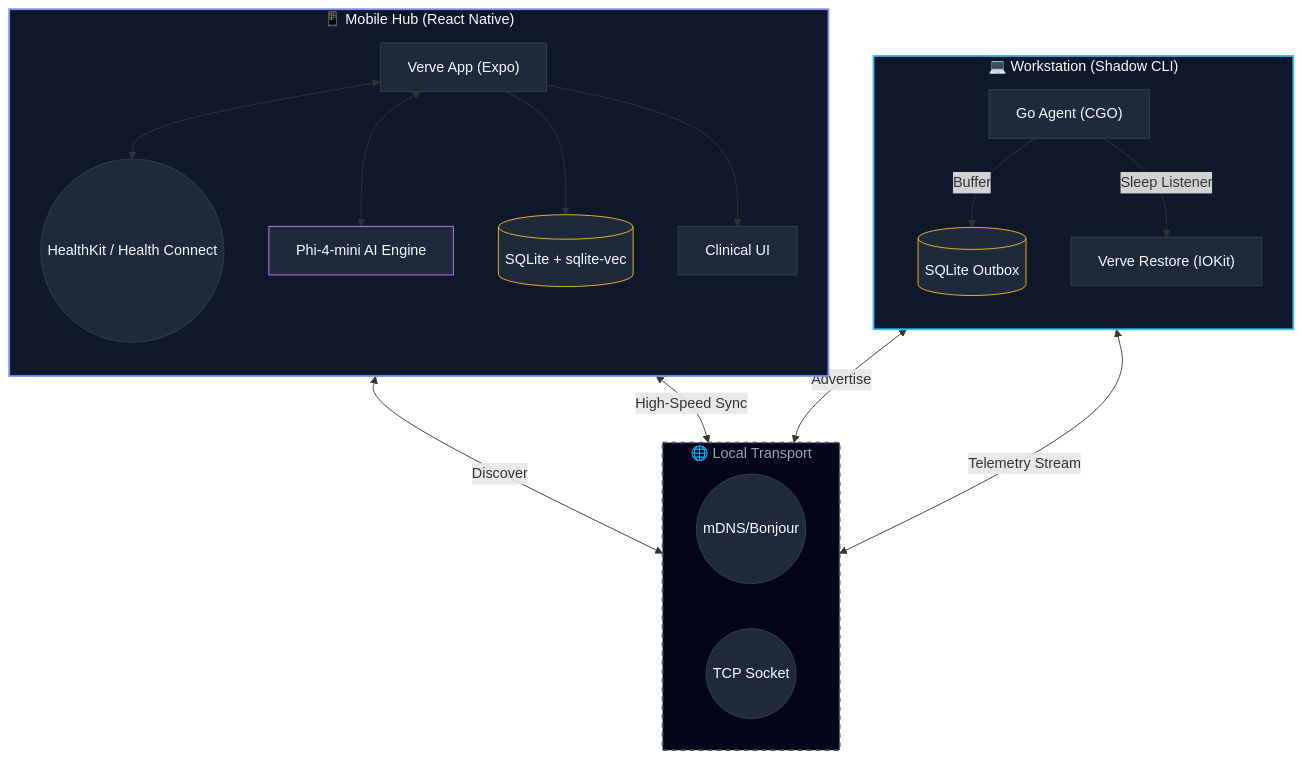
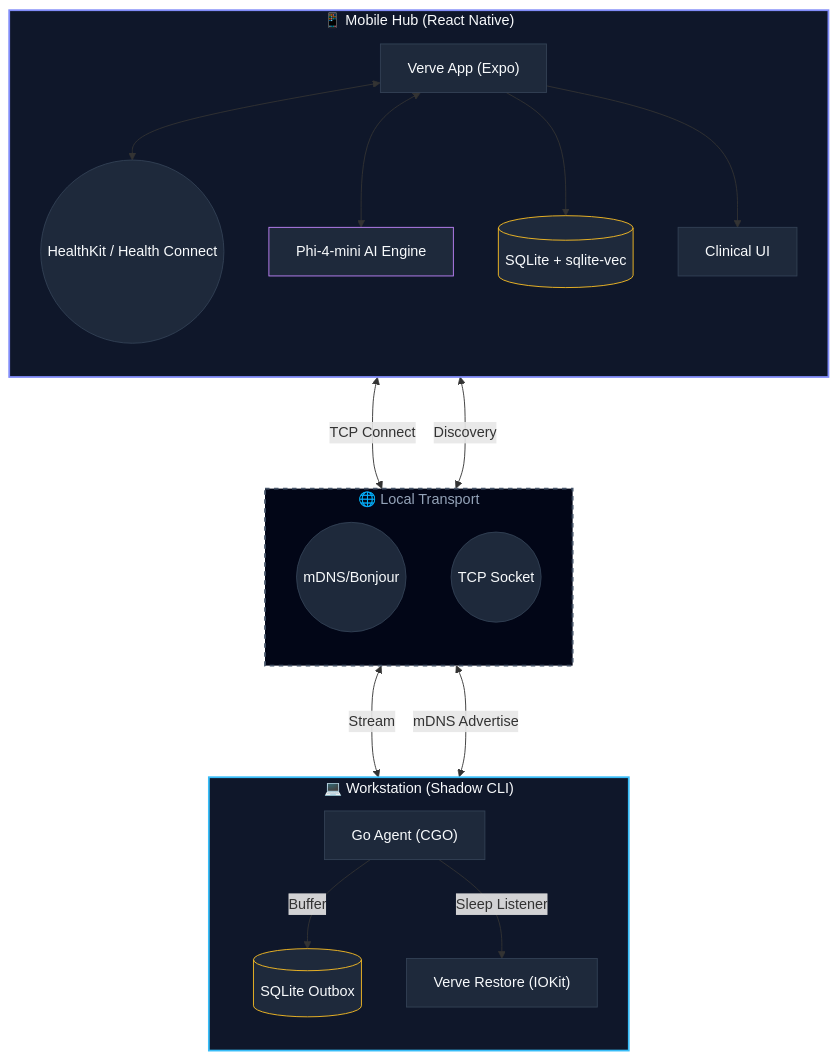
One commit to gyandeeps/verve changed the diagram in README.md. Above: the diagram before and after it, drawn with Mermaid. The commit also changed other lines of this file and 9 other files, not shown here.

````diff
--- a/README.md
+++ b/README.md
@@ -39,52 +39,52 @@
 ```mermaid
 graph TD
     subgraph Workstation ["💻 Workstation (Shadow CLI)"]
         direction TB
         CLI["Go Agent (CGO)"]
         Outbox[("SQLite Outbox")]
         Restore["Verve Restore (IOKit)"]
 
         CLI -->|Buffer| Outbox
         CLI -->|Sleep Listener| Restore
     end
 
     subgraph Transport ["🌐 Local Transport"]
-        direction LR
+        direction TB
         mDNS((mDNS/Bonjour))
         TCP((TCP Socket))
     end
 
     subgraph MobileHub ["📱 Mobile Hub (React Native)"]
         direction TB
         App["Verve App (Expo)"]
         HK(("HealthKit / Health Connect"))
         AI["Phi-4-mini AI Engine"]
         Storage[("SQLite + sqlite-vec")]
         UI["Clinical UI"]
 
         App <--> HK
         App <--> AI
         App --> Storage
         App --> UI
     end
 
-    CLI <-->|Advertise| mDNS
-    App <-->|Discover| mDNS
-    CLI <-->|Telemetry Stream| TCP
-    App <-->|High-Speed Sync| TCP
+    CLI <--->|mDNS Advertise| mDNS
+    mDNS <--->|Discovery| App
+    App <--->|TCP Connect| TCP
+    TCP <--->|Stream| CLI
 
     %% Standard Mermaid styling
     classDef workstation fill:#0f172a,stroke:#38bdf8,stroke-width:2px,color:#f8fafc;
     classDef mobile fill:#0f172a,stroke:#818cf8,stroke-width:2px,color:#f8fafc;
     classDef network fill:#020617,stroke:#475569,stroke-width:2px,color:#94a3b8,stroke-dasharray: 5 5;
     classDef node fill:#1e293b,stroke:#334155,color:#f8fafc;
     classDef database fill:#1e293b,stroke:#fbbf24,color:#f8fafc;
     classDef ai fill:#1e293b,stroke:#c084fc,color:#f8fafc;
 
     class Workstation workstation;
     class MobileHub mobile;
     class Transport network;
     class CLI,Restore,App,UI node;
     class Outbox,Storage database;
     class AI ai;
 ```
````
